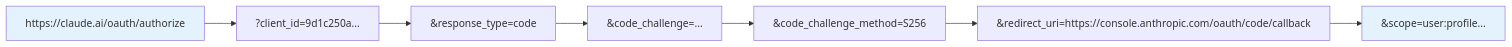
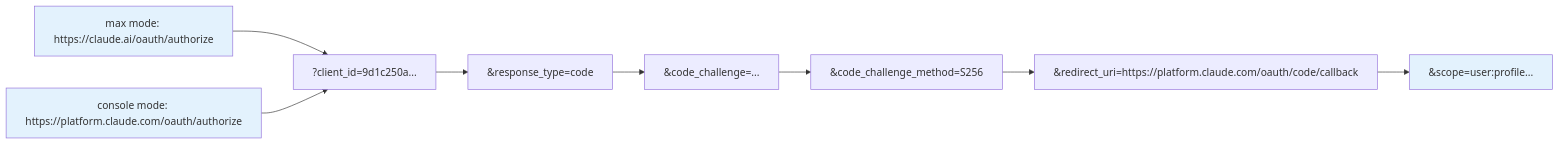
One commit to cipher-rc5/not-anthropic-oauth changed the third of 12 diagrams in docs/ARCHITECTURE.md. Above: the diagram before and after it, drawn with Mermaid. The commit also changed other lines of this file and 29 other files, not shown here.

````diff
--- a/docs/ARCHITECTURE.md
+++ b/docs/ARCHITECTURE.md
@@ -158,12 +175,14 @@
 ```mermaid
 graph LR
-    Base[https://claude.ai/oauth/authorize] --> ClientID[?client_id=9d1c250a...]
+    BaseMax["max mode: https://claude.ai/oauth/authorize"] --> ClientID[?client_id=9d1c250a...]
+    BaseConsole["console mode: https://platform.claude.com/oauth/authorize"] --> ClientID
     ClientID --> ResponseType[&response_type=code]
     ResponseType --> Challenge[&code_challenge=...]
     Challenge --> Method[&code_challenge_method=S256]
-    Method --> Redirect[&redirect_uri=https://console.anthropic.com/oauth/code/callback]
+    Method --> Redirect["&redirect_uri=https://platform.claude.com/oauth/code/callback"]
     Redirect --> Scope[&scope=user:profile...]
     
-    style Base fill:#e3f2fd
+    style BaseMax fill:#e3f2fd
+    style BaseConsole fill:#e3f2fd
     style Scope fill:#e3f2fd
 ```
````
